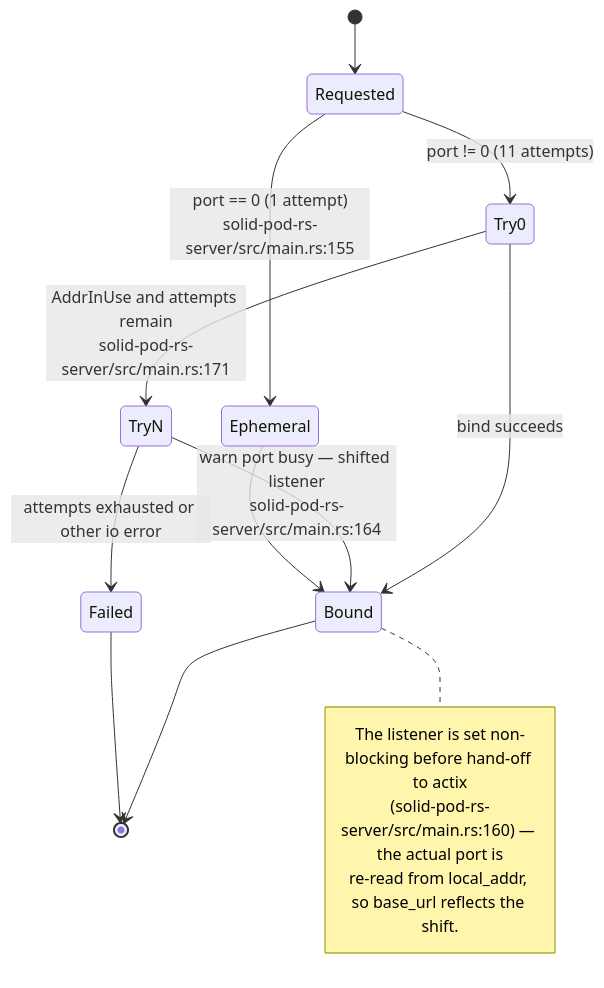
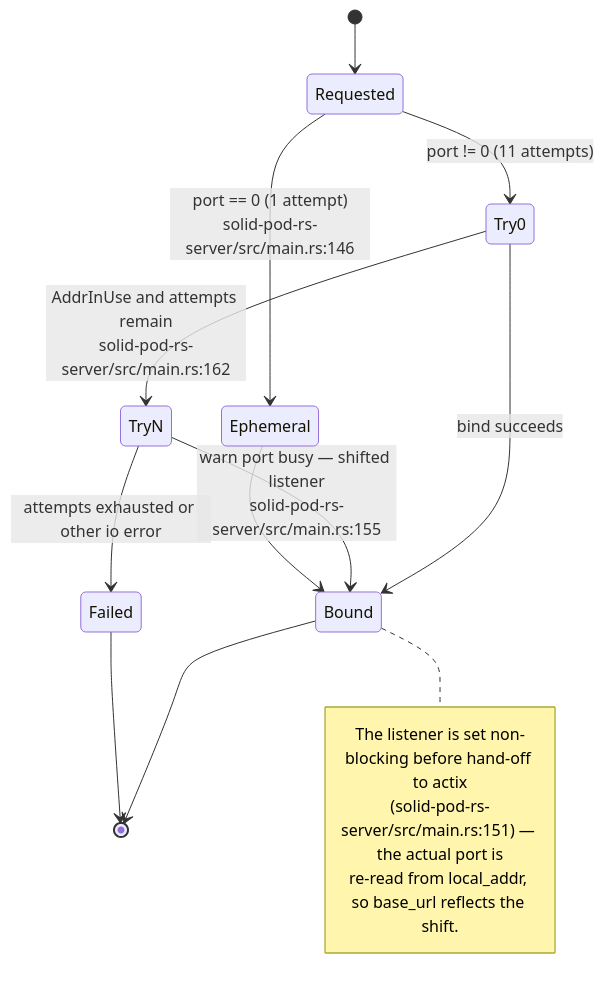
Before and after one commit to DreamLab-AI/VisionFlow: the sixth of 11 diagrams in docs/diagrams/solid-pod-rs/02-server-boot-and-routes.md, drawn with Mermaid. The commit also changed other lines of this file and 21 other files, not shown here.

Commit message:
docs(diagrams): refresh first verified estate batch

````diff
--- a/docs/diagrams/solid-pod-rs/02-server-boot-and-routes.md
+++ b/docs/diagrams/solid-pod-rs/02-server-boot-and-routes.md
@@ -163,18 +161,18 @@
 ```mermaid
 stateDiagram-v2
     [*] --> Requested
-    Requested --> Ephemeral: port == 0 (1 attempt)<br/>solid-pod-rs-server/src/main.rs:155
+    Requested --> Ephemeral: port == 0 (1 attempt)<br/>solid-pod-rs-server/src/main.rs:146
     Requested --> Try0: port != 0 (11 attempts)
     Try0 --> Bound: bind succeeds
-    Try0 --> TryN: AddrInUse and attempts remain<br/>solid-pod-rs-server/src/main.rs:171
-    TryN --> Bound: warn port busy — shifted listener<br/>solid-pod-rs-server/src/main.rs:164
+    Try0 --> TryN: AddrInUse and attempts remain<br/>solid-pod-rs-server/src/main.rs:162
+    TryN --> Bound: warn port busy — shifted listener<br/>solid-pod-rs-server/src/main.rs:155
     TryN --> Failed: attempts exhausted or other io error
     Ephemeral --> Bound
     Bound --> [*]
     Failed --> [*]
     note right of Bound
       The listener is set non-blocking before hand-off to actix
-      (solid-pod-rs-server/src/main.rs:160) — the actual port is
+      (solid-pod-rs-server/src/main.rs:151) — the actual port is
       re-read from local_addr, so base_url reflects the shift.
     end note
 ```
````
